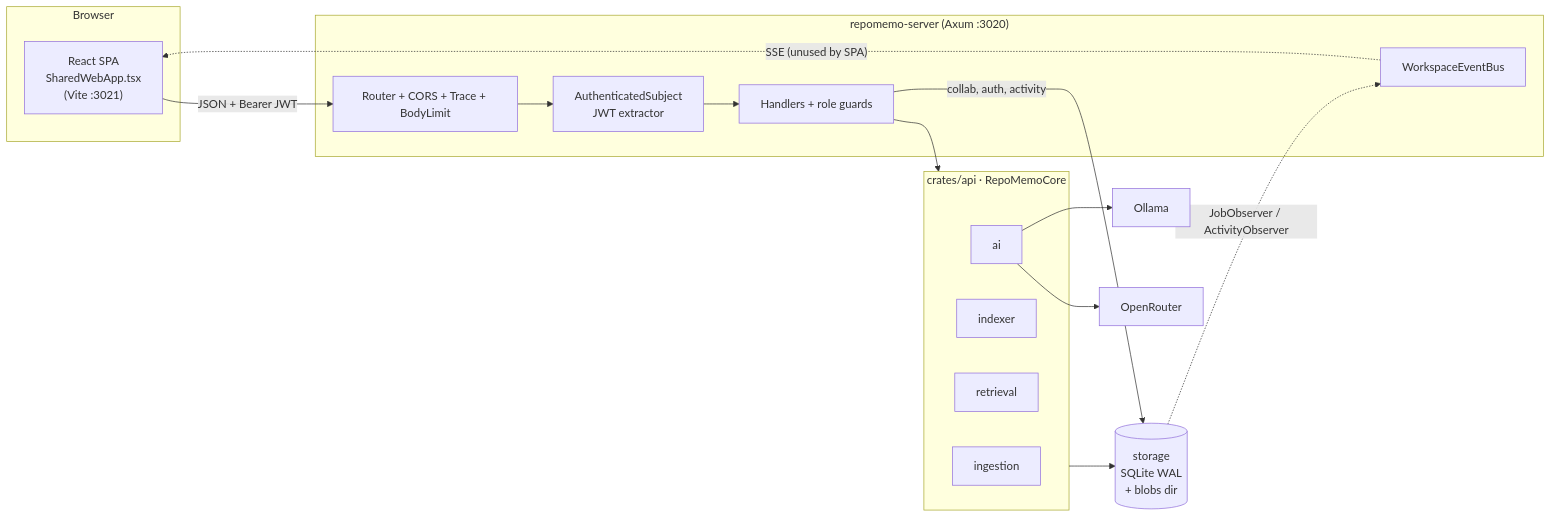
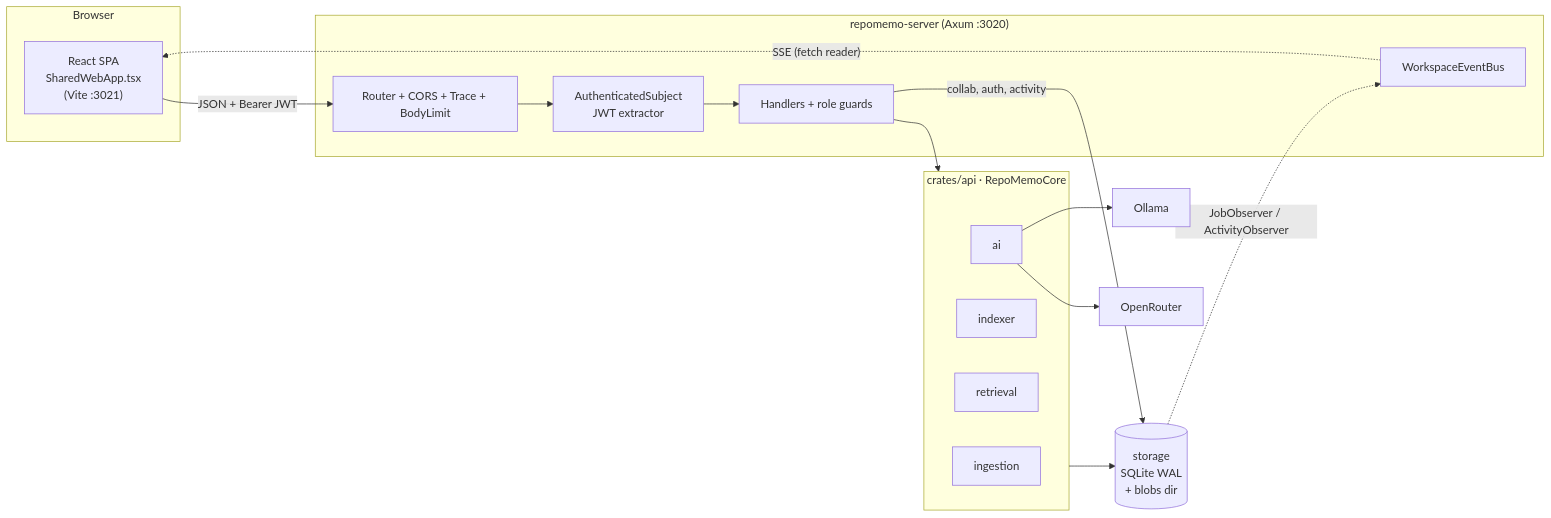
Before and after one commit to winksen/RepoMemo: the second of 6 diagrams in mindmap/TECHNICAL_MINDMAP.md, drawn with Mermaid. The commit also changed other lines of this file and 19 other files, not shown here.

````diff
--- a/mindmap/TECHNICAL_MINDMAP.md
+++ b/mindmap/TECHNICAL_MINDMAP.md
@@ -58,30 +58,30 @@
 ```mermaid
 flowchart LR
   subgraph Browser
     SPA["React SPA<br/>SharedWebApp.tsx<br/>(Vite :3021)"]
   end
   subgraph Server["repomemo-server (Axum :3020)"]
     R["Router + CORS + Trace + BodyLimit"]
     A["AuthenticatedSubject<br/>JWT extractor"]
     H["Handlers + role guards"]
     BUS[WorkspaceEventBus]
   end
   subgraph Core["crates/api · RepoMemoCore"]
     ING[ingestion]
     IDX[indexer]
     RET[retrieval]
     AI[ai]
   end
   ST[("storage<br/>SQLite WAL<br/>+ blobs dir")]
   OLL[Ollama]
   OR[OpenRouter]
 
   SPA -- "JSON + Bearer JWT" --> R --> A --> H
   H --> Core
   H -- "collab, auth, activity" --> ST
   Core --> ST
   AI --> OLL
   AI --> OR
   ST -. "JobObserver / ActivityObserver" .-> BUS
-  BUS -. "SSE (unused by SPA)" .-> SPA
+  BUS -. "SSE (fetch reader)" .-> SPA
 ```
````
